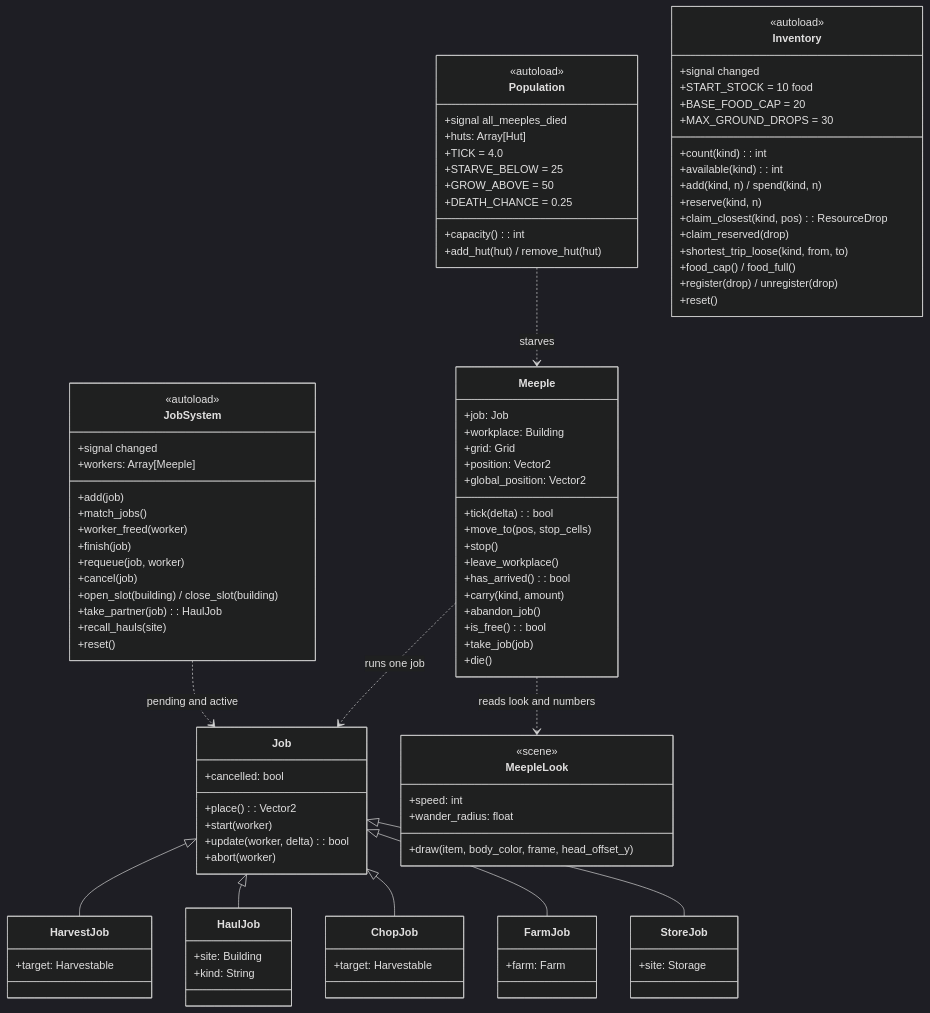
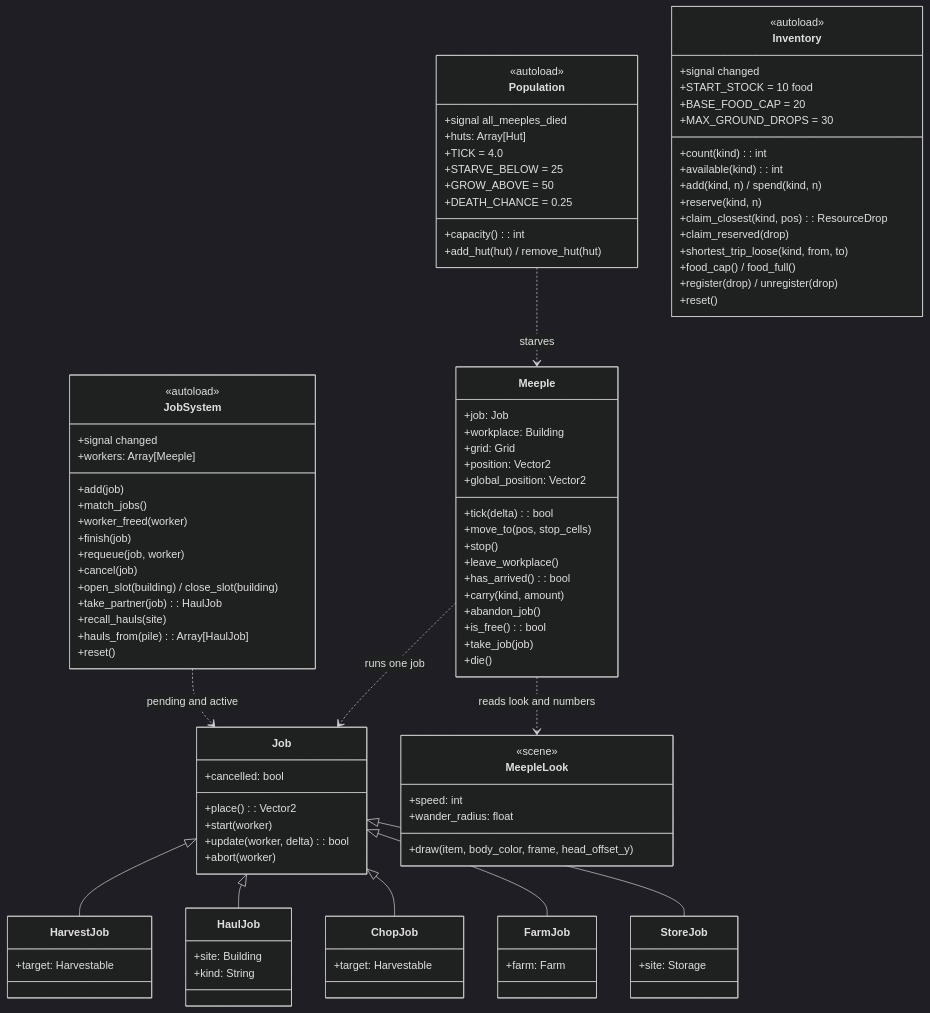
Before and after one commit to Liam-M-Mays/game-jam-2026: the ninth of 10 diagrams in docs/architecture.md, drawn with Mermaid (dark theme). The commit also changed other lines of this file and 11 other files, not shown here.

```diff
--- a/docs/architecture.md
+++ b/docs/architecture.md
@@ -550,6 +557,7 @@
         +open_slot(building) / close_slot(building)
         +take_partner(job): HaulJob
         +recall_hauls(site)
+        +hauls_from(pile): Array[HaulJob]
         +reset()
     }
     class Job {
```
